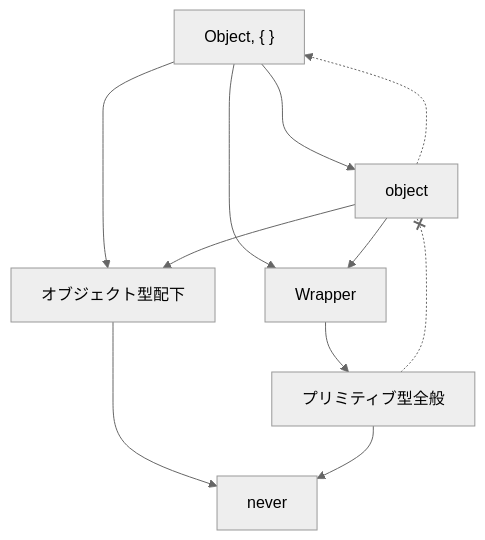
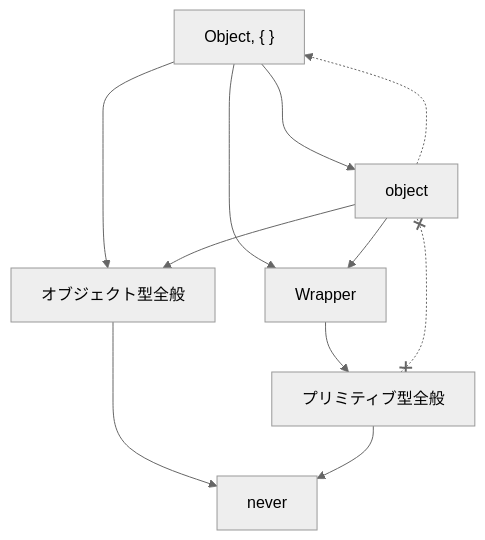
One commit to yo-goto/zenn-public-repo changed the seventh of 8 diagrams in articles/typescript-type-set-hierarchy.md. Above: the diagram before and after it, drawn with Mermaid (neutral theme). The commit also changed other lines of this file, not shown here.

````diff
--- a/articles/typescript-type-set-hierarchy.md
+++ b/articles/typescript-type-set-hierarchy.md
@@ -809,16 +858,16 @@
 ```mermaid
 graph TD
   N[never]
   O["Object, { }"]
   obj[object]
   W[Wrapper]
   P[プリミティブ型全般]
-  objs[オブジェクト型配下]
+  objs[オブジェクト型全般]
   O --> obj & objs
   O ----> W
   obj --> W
   obj --> objs --> N
   obj -.-> O
   W --> P --> N
-  P -.-x obj
+  P x-.-x obj
 ```
````
